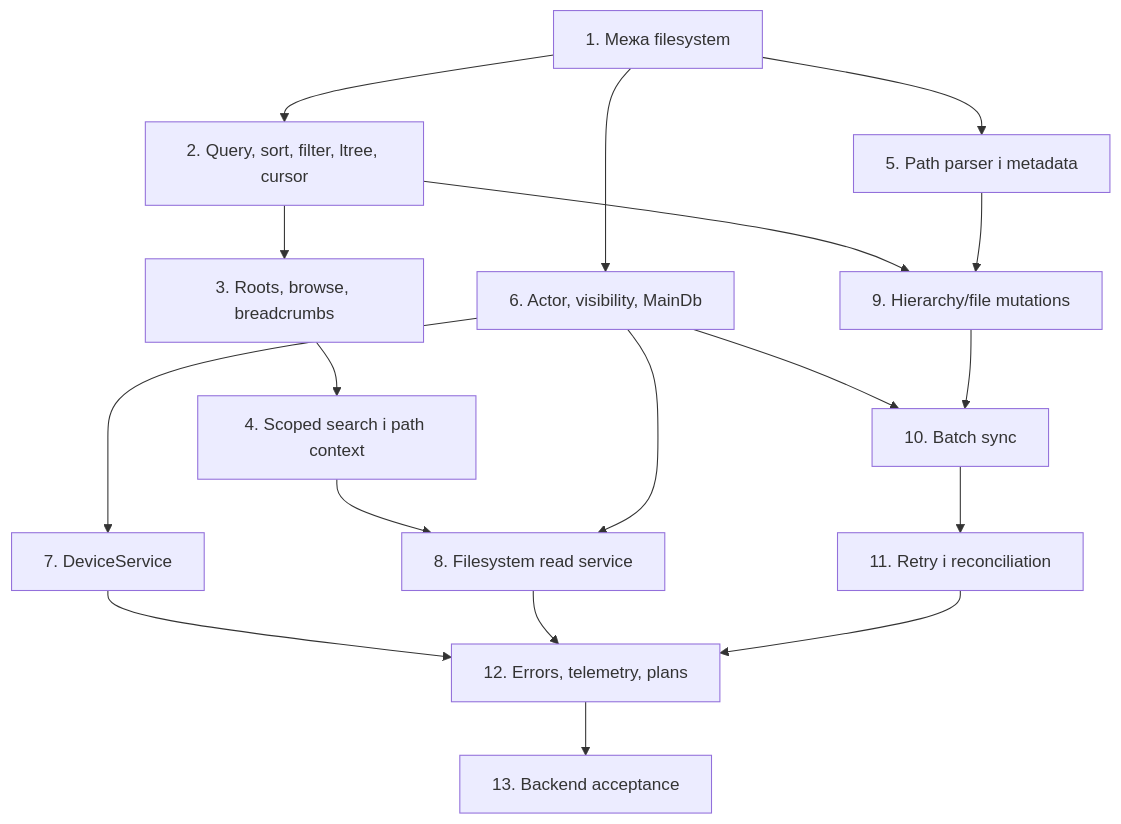
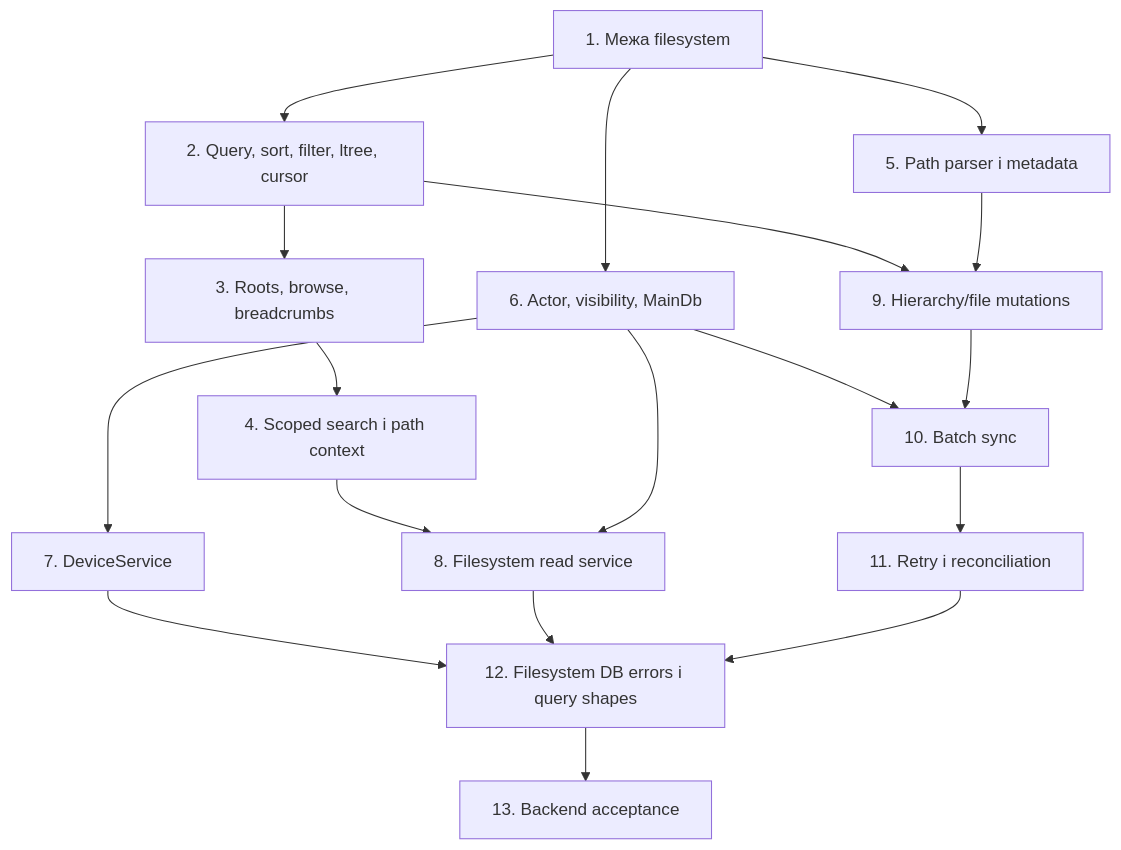
The second of 2 diagrams in wdintel-rs/docs/devices/BACKEND_LOGIC_IMPLEMENTATION_PLAN.md (murczyk/echo), drawn with Mermaid before and after one commit. The commit also changed other lines of this file and 77 other files, not shown here.

````diff
--- a/wdintel-rs/docs/devices/BACKEND_LOGIC_IMPLEMENTATION_PLAN.md
+++ b/wdintel-rs/docs/devices/BACKEND_LOGIC_IMPLEMENTATION_PLAN.md
@@ -728,20 +728,20 @@
 ```mermaid
 flowchart TD
     E1[1. Межа filesystem] --> E2[2. Query, sort, filter, ltree, cursor]
     E2 --> E3[3. Roots, browse, breadcrumbs]
     E3 --> E4[4. Scoped search і path context]
     E1 --> E5[5. Path parser і metadata]
     E1 --> E6[6. Actor, visibility, MainDb]
     E6 --> E7[7. DeviceService]
     E4 --> E8[8. Filesystem read service]
     E6 --> E8
     E2 --> E9[9. Hierarchy/file mutations]
     E5 --> E9
     E6 --> E10[10. Batch sync]
     E9 --> E10
     E10 --> E11[11. Retry і reconciliation]
-    E7 --> E12[12. Errors, telemetry, plans]
+    E7 --> E12[12. Filesystem DB errors і query shapes]
     E8 --> E12
     E11 --> E12
     E12 --> E13[13. Backend acceptance]
 ```
````
